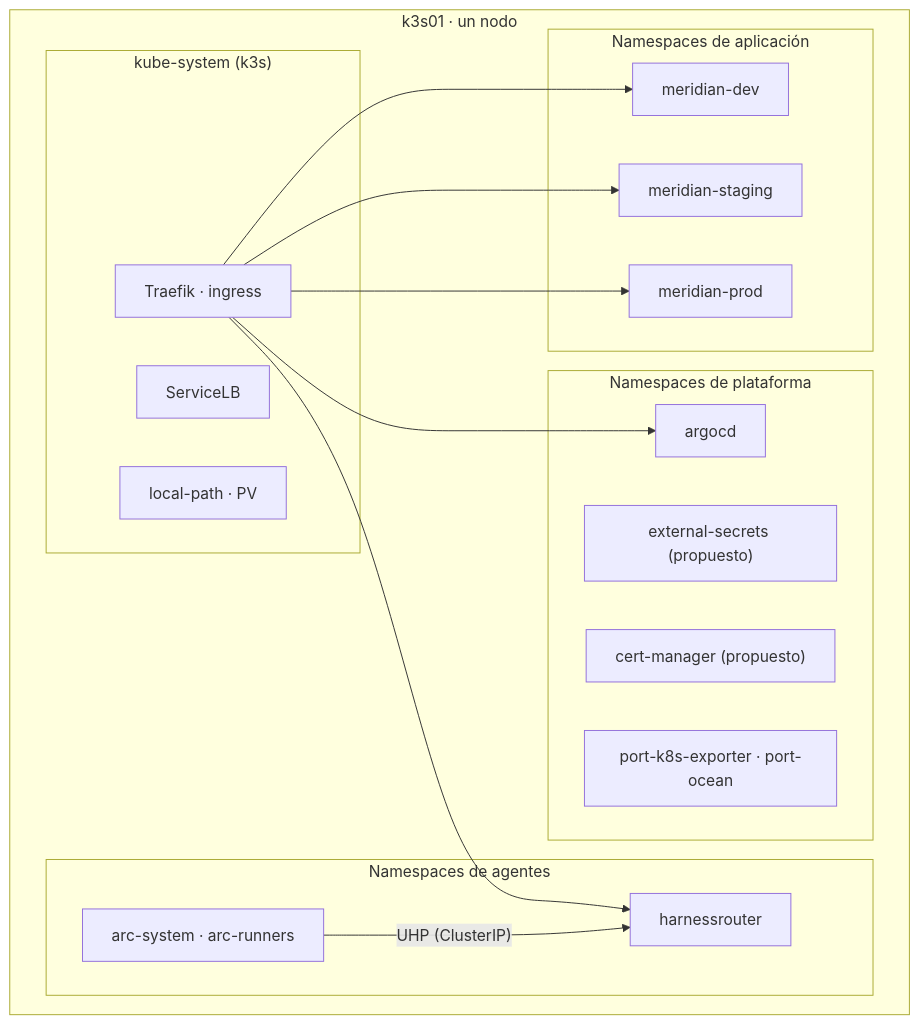
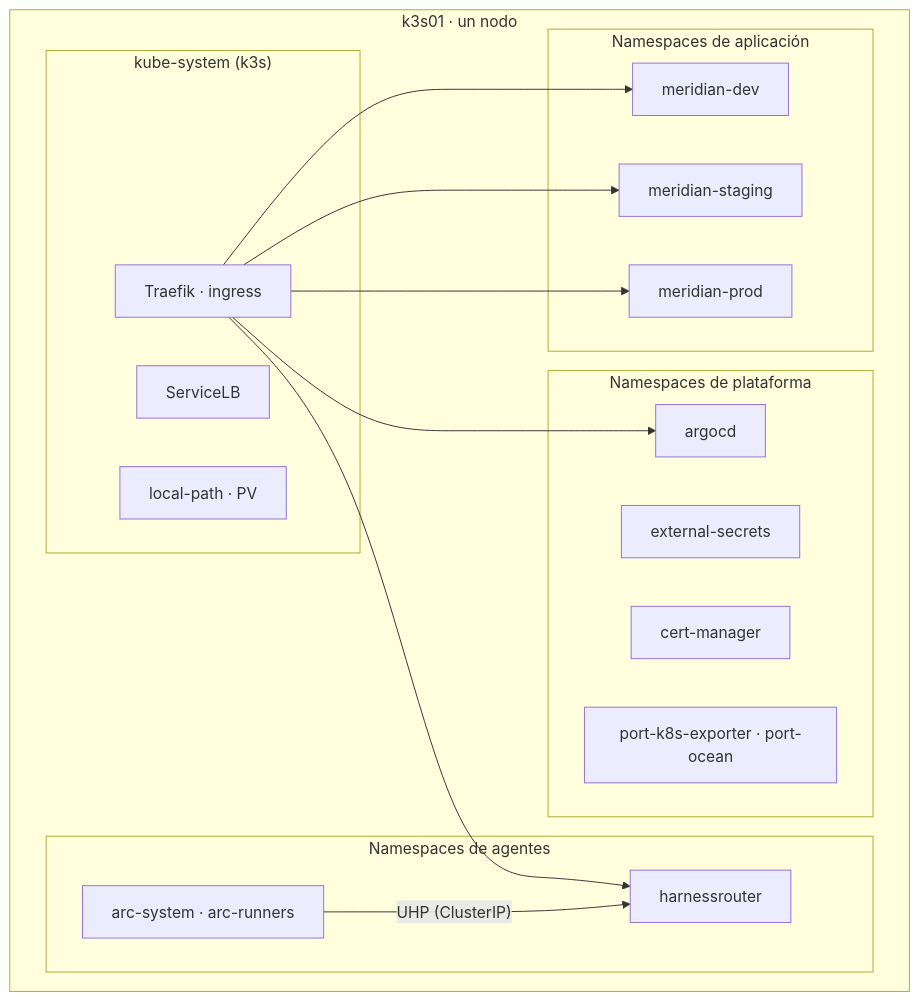
The fourth of 7 diagrams in docs/01-arquitectura.md (elpalmeral-org/agentic-platform-lab), drawn with Mermaid before and after one commit. The commit also changed other lines of this file and 7 other files, not shown here.

````diff
--- a/docs/01-arquitectura.md
+++ b/docs/01-arquitectura.md
@@ -103,27 +103,27 @@
 ```mermaid
 flowchart TB
     subgraph K3S["k3s01 · un nodo"]
         subgraph SYS["kube-system (k3s)"]
             TRAEFIK["Traefik · ingress"]
             SLB["ServiceLB"]
             LP["local-path · PV"]
         end
         subgraph PLAT["Namespaces de plataforma"]
             NS_ARGO["argocd"]
-            NS_ESO["external-secrets (propuesto)"]
-            NS_CM["cert-manager (propuesto)"]
+            NS_ESO["external-secrets"]
+            NS_CM["cert-manager"]
             NS_PORT["port-k8s-exporter · port-ocean"]
         end
         subgraph AGENT["Namespaces de agentes"]
             NS_HR["harnessrouter"]
             NS_ARC["arc-system · arc-runners"]
         end
         subgraph APPS["Namespaces de aplicación"]
             DEV["meridian-dev"]
             STG["meridian-staging"]
             PRO["meridian-prod"]
         end
     end
     TRAEFIK --> DEV & STG & PRO & NS_ARGO & NS_HR
     NS_ARC -->|"UHP (ClusterIP)"| NS_HR
 ```
````
